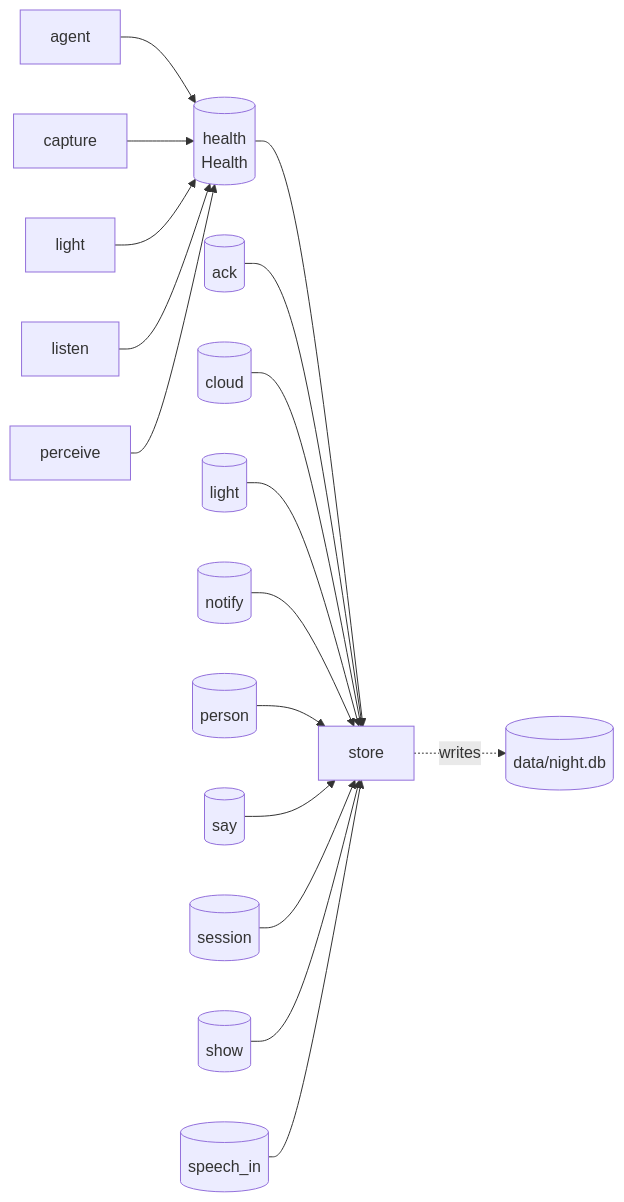
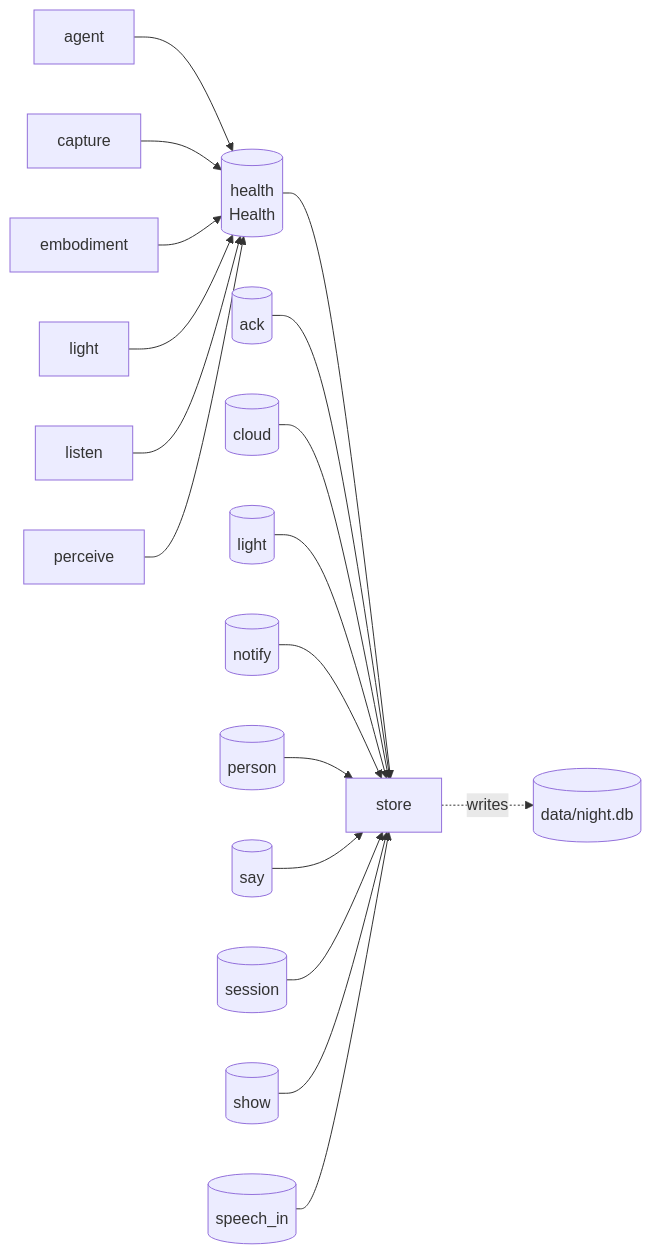
One commit to Afrovis/ai-agent-dementia changed the second of 2 diagrams in ARCHITECTURE.md. Above: the diagram before and after it, drawn with Mermaid. The commit also changed other lines of this file and 8 other files, not shown here.

````diff
--- a/ARCHITECTURE.md
+++ b/ARCHITECTURE.md
@@ -120,22 +131,23 @@
 ```mermaid
 flowchart LR
   q_health[("health<br/>Health")]
   s_store["store"]
   sqlite[("data/night.db")]
   s_agent["agent"] --> q_health
   s_capture["capture"] --> q_health
+  s_embodiment["embodiment"] --> q_health
   s_light["light"] --> q_health
   s_listen["listen"] --> q_health
   s_perceive["perceive"] --> q_health
   q_health --> s_store
   q_p_ack[("ack")] --> s_store
   q_p_cloud[("cloud")] --> s_store
   q_p_light[("light")] --> s_store
   q_p_notify[("notify")] --> s_store
   q_p_person[("person")] --> s_store
   q_p_say[("say")] --> s_store
   q_p_session[("session")] --> s_store
   q_p_show[("show")] --> s_store
   q_p_speech_in[("speech_in")] --> s_store
   s_store -.->|"writes"| sqlite
 ```
````
